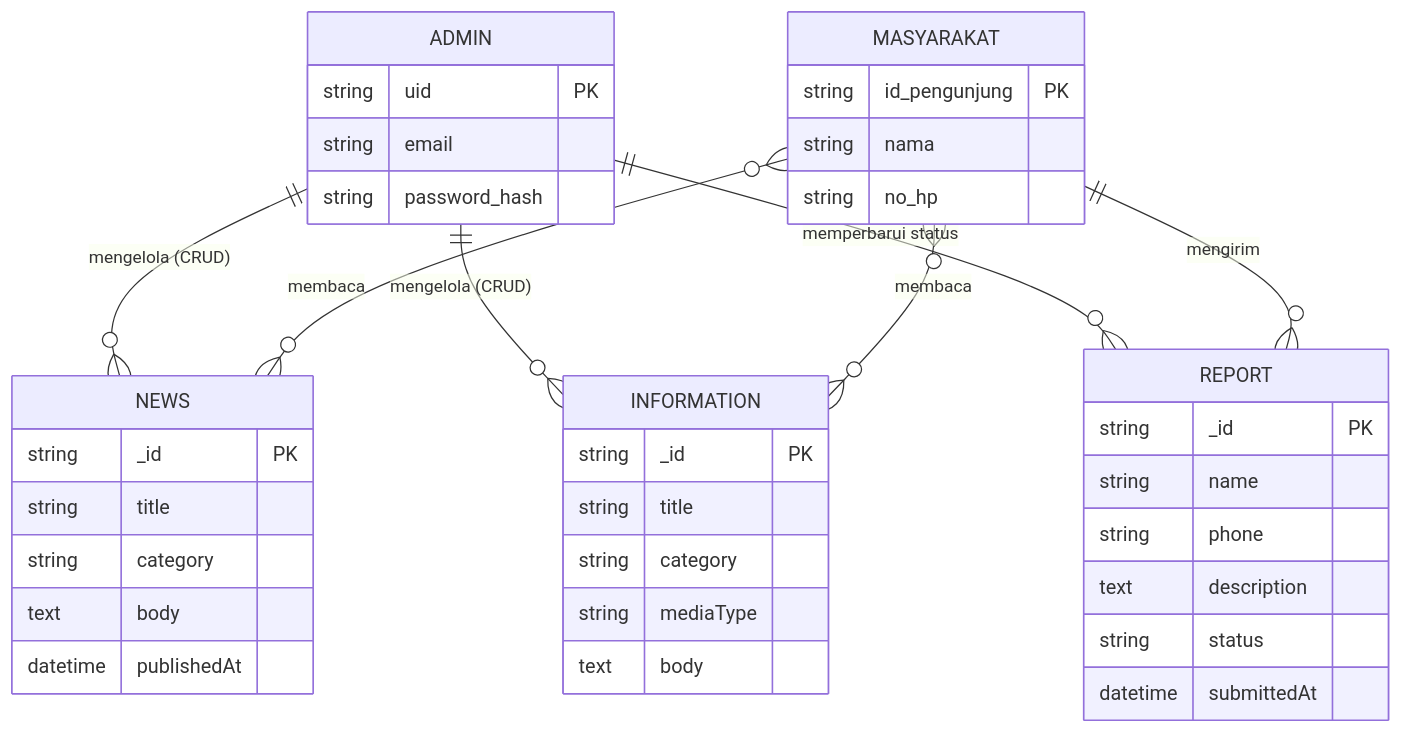
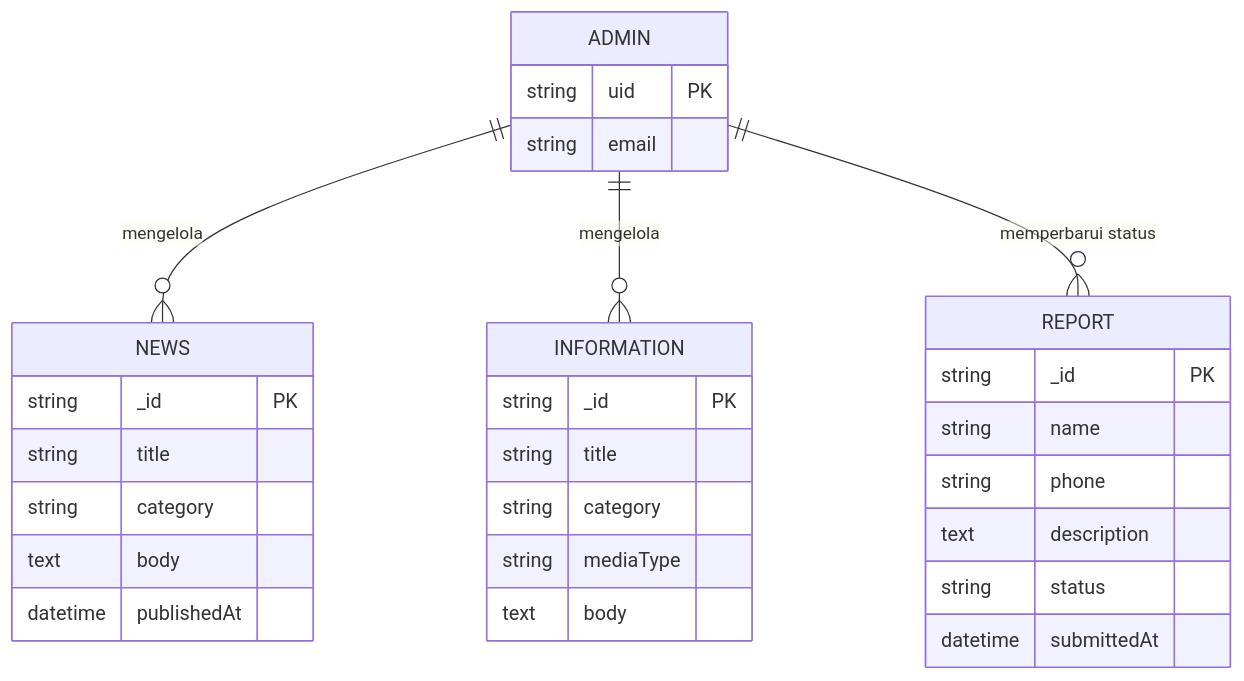
One commit to adillahrn/rpl-bnn-sawahlunto changed the first of 6 diagrams in docs/laporan akhir.md. Above: the diagram before and after it, drawn with Mermaid. The commit also changed other lines of this file, not shown here.

````diff
--- a/docs/laporan akhir.md
+++ b/docs/laporan akhir.md
@@ -171,43 +171,33 @@
 ```mermaid
 erDiagram
     ADMIN {
         string uid PK
         string email
-        string password_hash
-    }
-    MASYARAKAT {
-        string id_pengunjung PK
-        string nama
-        string no_hp
     }
     NEWS {
         string _id PK
         string title
         string category
         text body
         datetime publishedAt
     }
     INFORMATION {
         string _id PK
         string title
         string category
         string mediaType
         text body
     }
     REPORT {
         string _id PK
         string name
         string phone
         text description
         string status
         datetime submittedAt
     }
     
-    ADMIN ||--o{ NEWS : "mengelola (CRUD)"
-    ADMIN ||--o{ INFORMATION : "mengelola (CRUD)"
+    ADMIN ||--o{ NEWS : "mengelola"
+    ADMIN ||--o{ INFORMATION : "mengelola"
     ADMIN ||--o{ REPORT : "memperbarui status"
-    
-    MASYARAKAT ||--o{ REPORT : "mengirim"
-    MASYARAKAT }o--o{ NEWS : "membaca"
-    MASYARAKAT }o--o{ INFORMATION : "membaca"
 ```
````
